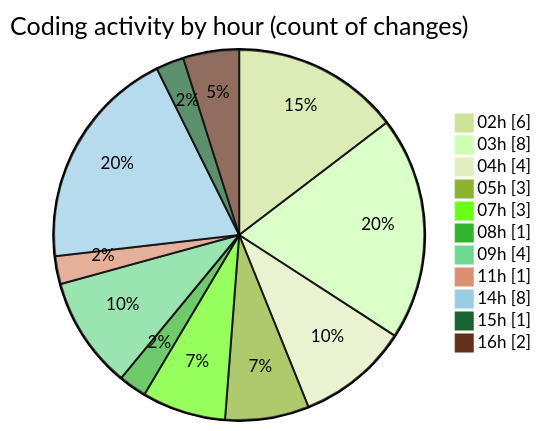
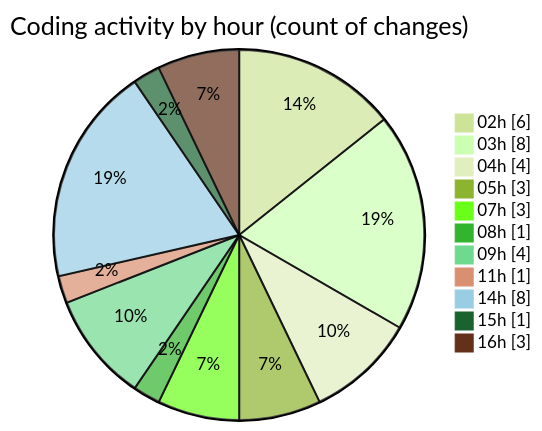
Before and after one commit to FelipKnott/code-tracking: the second of 2 diagrams in 2025-07-03/cursor/README.md, drawn with Mermaid (forest theme). The commit also changed other lines of this file and 1 other file, not shown here.

````diff
--- a/2025-07-03/cursor/README.md
+++ b/2025-07-03/cursor/README.md
@@ -37,15 +37,15 @@
 ```mermaid
 pie showData
 title Coding activity by hour (count of changes)
 "02h" : 6
 "03h" : 8
 "04h" : 4
 "05h" : 3
 "07h" : 3
 "08h" : 1
 "09h" : 4
 "11h" : 1
 "14h" : 8
 "15h" : 1
-"16h" : 2
+"16h" : 3
 ```
````
